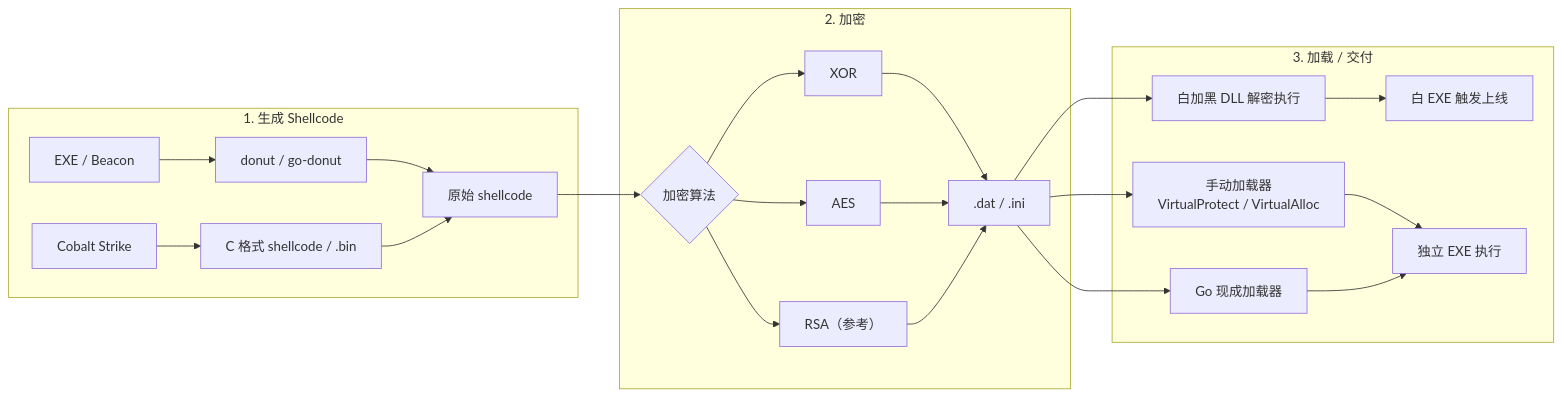
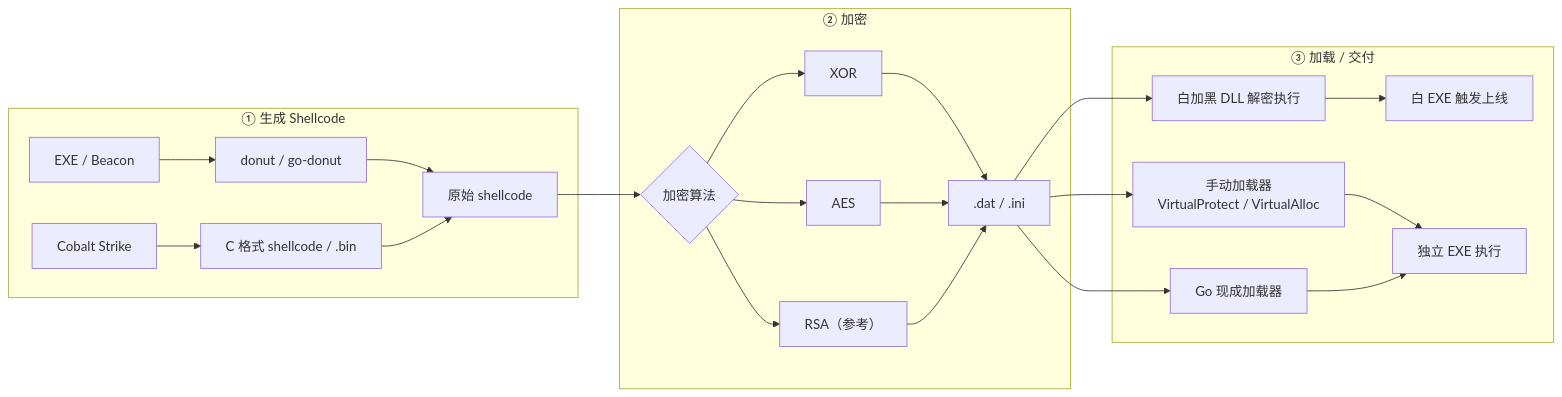
Before and after one commit to simonlee-hello/MyBlog: the first of 3 diagrams in content/posts/shellcode-evasion-loading-workflow.md, drawn with Mermaid. The commit also changed 1 other file, not shown here.

Commit message:
fix(posts): 修复 Mermaid 将 1. 解析为列表导致报错
- subgraph 标题去掉 1. / 2. / 3. 有序列表写法

```diff
--- a/content/posts/shellcode-evasion-loading-workflow.md
+++ b/content/posts/shellcode-evasion-loading-workflow.md
@@ -30,28 +30,28 @@
 {{< mermaid >}}
 flowchart LR
-    subgraph S1["1. 生成 Shellcode"]
+    subgraph S1["① 生成 Shellcode"]
         A1["EXE / Beacon"] --> A2["donut / go-donut"]
         A3["Cobalt Strike"] --> A4["C 格式 shellcode / .bin"]
         A2 --> B["原始 shellcode"]
         A4 --> B
     end
 
-    subgraph S2["2. 加密"]
+    subgraph S2["② 加密"]
         B --> C{"加密算法"}
         C --> C1["XOR"]
         C --> C2["AES"]
         C --> C3["RSA（参考）"]
         C1 --> D[".dat / .ini"]
         C2 --> D
         C3 --> D
     end
 
-    subgraph S3["3. 加载 / 交付"]
+    subgraph S3["③ 加载 / 交付"]
         D --> E1["手动加载器<br/>VirtualProtect / VirtualAlloc"]
         D --> E2["白加黑 DLL 解密执行"]
         D --> E3["Go 现成加载器"]
         E2 --> F["白 EXE 触发上线"]
         E1 --> G["独立 EXE 执行"]
         E3 --> G
     end
 {{< /mermaid >}}
```
